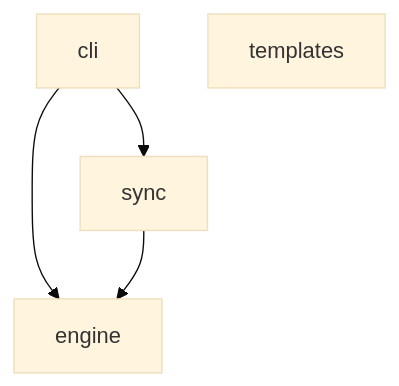
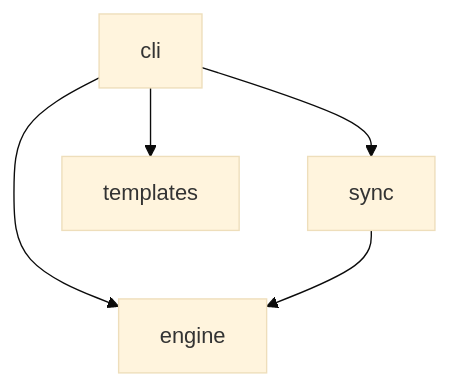
Before and after one commit to jamieplus/k3dge: the second of 6 diagrams in docs/architecture/overview.md, drawn with Mermaid (base theme). The commit also changed other lines of this file and 175 other files, not shown here.

````diff
--- a/docs/architecture/overview.md
+++ b/docs/architecture/overview.md
@@ -38,7 +38,8 @@
 ```mermaid
 graph TD
     cli --> engine
     cli --> sync
+    cli --> templates
     sync --> engine
     templates
 ```
````
